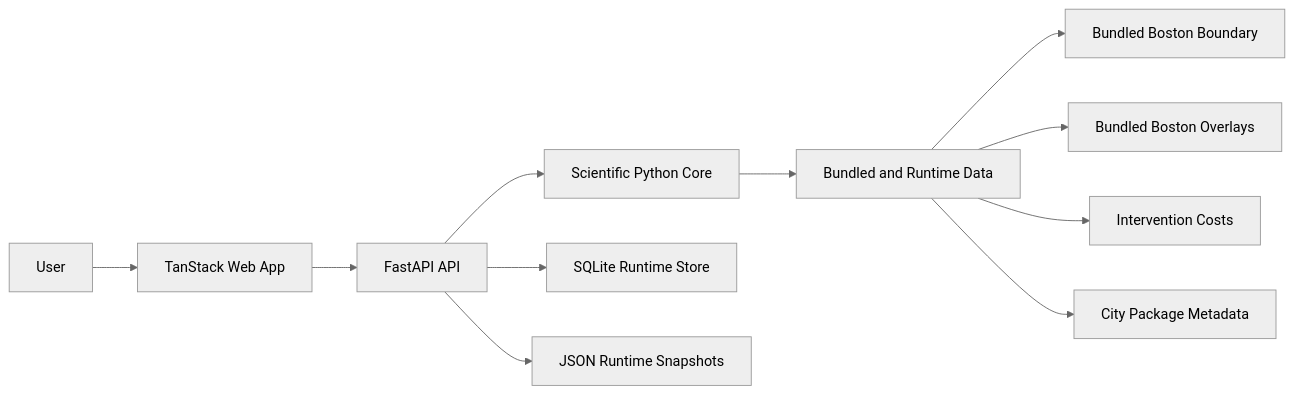
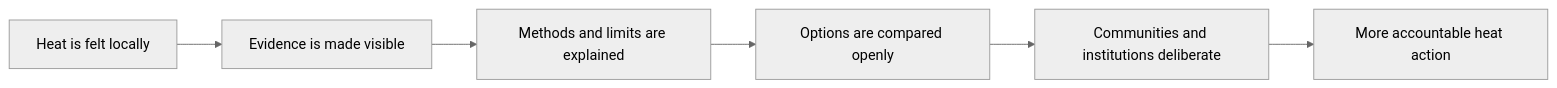
Before and after one commit to aartisr/kwin-city-portal: the first of 2 diagrams in README.md, drawn with Mermaid (neutral theme). The commit also changed other lines of this file and 39 other files, not shown here.

````diff
--- a/README.md
+++ b/README.md
@@ -132,14 +34,8 @@
 ```mermaid
 flowchart LR
-    U[User] --> W[TanStack Web App]
-    W --> A[FastAPI API]
-    A --> C[Scientific Python Core]
-    C --> D[Bundled and Runtime Data]
-    A --> S[SQLite Runtime Store]
-    A --> J[JSON Runtime Snapshots]
-
-    D --> B1[Bundled Boston Boundary]
-    D --> B2[Bundled Boston Overlays]
-    D --> B3[Intervention Costs]
-    D --> B4[City Package Metadata]
+    A[Heat is felt locally] --> B[Evidence is made visible]
+    B --> C[Methods and limits are explained]
+    C --> D[Options are compared openly]
+    D --> E[Communities and institutions deliberate]
+    E --> F[More accountable heat action]
 ```
````
